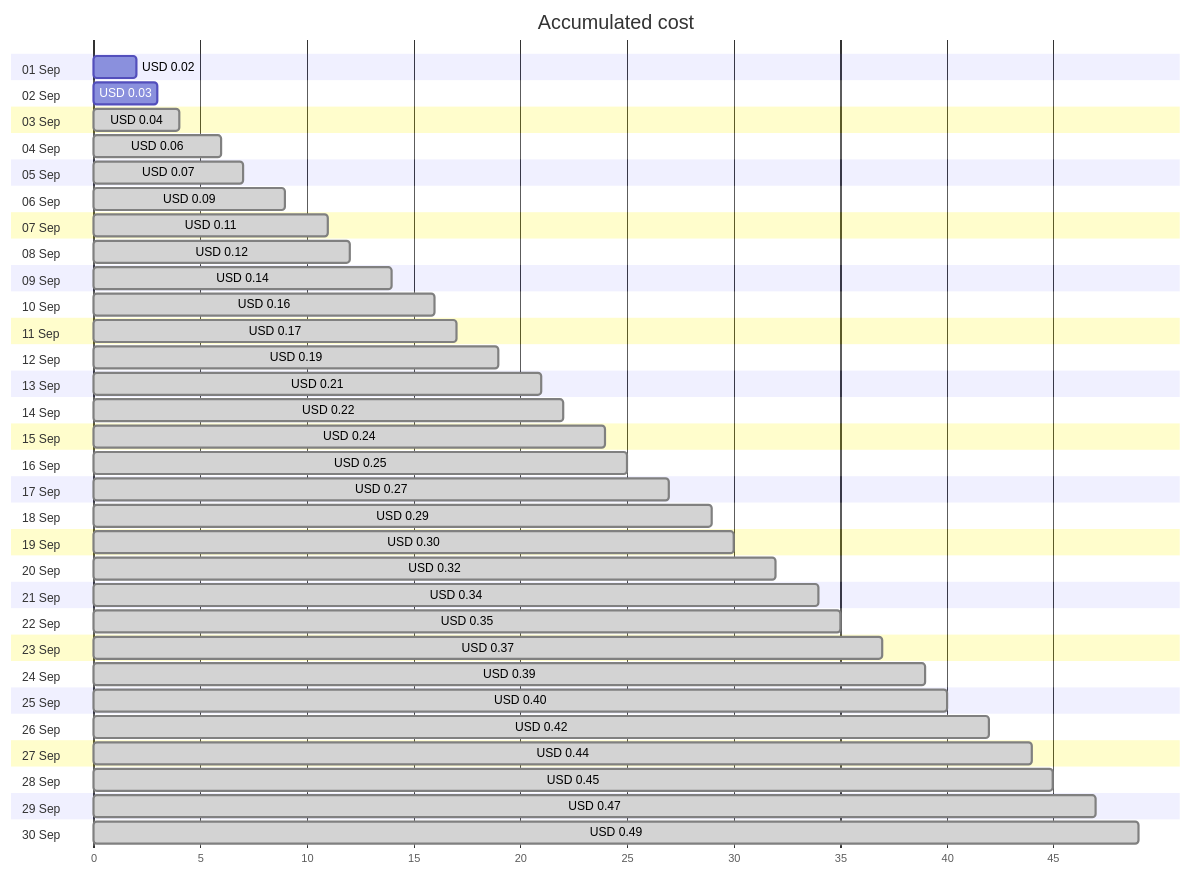
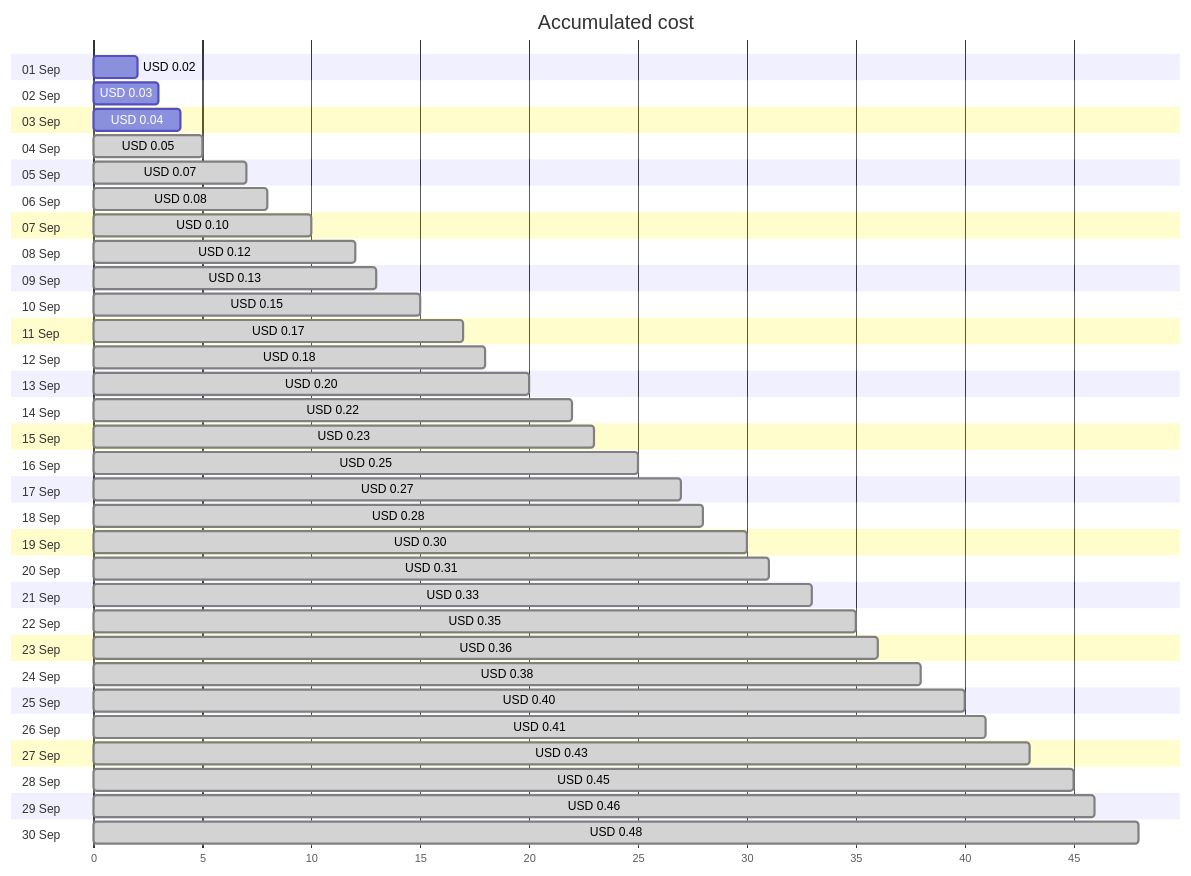
Before and after one commit to jpfulton/azure-personal-reports: the first of 4 diagrams in cost-reports/personal-dns/jpatrickfulton.com.md, drawn with Mermaid. The commit also changed other lines of this file and 2 other files, not shown here.

Commit message:
Generated reports [skip ci]

````diff
--- a/cost-reports/personal-dns/jpatrickfulton.com.md
+++ b/cost-reports/personal-dns/jpatrickfulton.com.md
@@ -20,66 +20,66 @@
 ```mermaid
 gantt
    title Accumulated cost
    dateFormat  X
    axisFormat %s
    section 01 Sep
    USD 0.02 :0, 2
    section 02 Sep
    USD 0.03 :0, 3
    section 03 Sep
-   USD 0.04 : done, 0, 4
+   USD 0.04 :0, 4
    section 04 Sep
-   USD 0.06 : done, 0, 6
+   USD 0.05 : done, 0, 5
    section 05 Sep
    USD 0.07 : done, 0, 7
    section 06 Sep
-   USD 0.09 : done, 0, 9
+   USD 0.08 : done, 0, 8
    section 07 Sep
-   USD 0.11 : done, 0, 11
+   USD 0.10 : done, 0, 10
    section 08 Sep
    USD 0.12 : done, 0, 12
    section 09 Sep
-   USD 0.14 : done, 0, 14
+   USD 0.13 : done, 0, 13
    section 10 Sep
-   USD 0.16 : done, 0, 16
+   USD 0.15 : done, 0, 15
    section 11 Sep
    USD 0.17 : done, 0, 17
    section 12 Sep
-   USD 0.19 : done, 0, 19
+   USD 0.18 : done, 0, 18
    section 13 Sep
-   USD 0.21 : done, 0, 21
+   USD 0.20 : done, 0, 20
    section 14 Sep
    USD 0.22 : done, 0, 22
    section 15 Sep
-   USD 0.24 : done, 0, 24
+   USD 0.23 : done, 0, 23
    section 16 Sep
    USD 0.25 : done, 0, 25
    section 17 Sep
    USD 0.27 : done, 0, 27
    section 18 Sep
-   USD 0.29 : done, 0, 29
+   USD 0.28 : done, 0, 28
    section 19 Sep
    USD 0.30 : done, 0, 30
    section 20 Sep
-   USD 0.32 : done, 0, 32
+   USD 0.31 : done, 0, 31
    section 21 Sep
-   USD 0.34 : done, 0, 34
+   USD 0.33 : done, 0, 33
    section 22 Sep
    USD 0.35 : done, 0, 35
    section 23 Sep
-   USD 0.37 : done, 0, 37
+   USD 0.36 : done, 0, 36
    section 24 Sep
-   USD 0.39 : done, 0, 39
+   USD 0.38 : done, 0, 38
    section 25 Sep
    USD 0.40 : done, 0, 40
    section 26 Sep
-   USD 0.42 : done, 0, 42
+   USD 0.41 : done, 0, 41
    section 27 Sep
-   USD 0.44 : done, 0, 44
+   USD 0.43 : done, 0, 43
    section 28 Sep
    USD 0.45 : done, 0, 45
    section 29 Sep
-   USD 0.47 : done, 0, 47
+   USD 0.46 : done, 0, 46
    section 30 Sep
-   USD 0.49 : done, 0, 49
+   USD 0.48 : done, 0, 48
 ```
````
